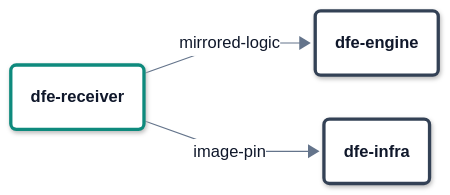
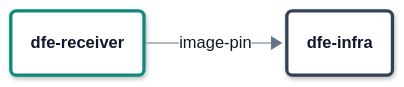
Before and after one commit to hyperi-io/dfe-infra: diagram 14 of 19 in docs/suite-graph.md, drawn with Mermaid. The commit also changed other lines of this file and 20 other files, not shown here.

````diff
--- a/docs/suite-graph.md
+++ b/docs/suite-graph.md
@@ -1229,76 +1227,74 @@
 ```mermaid
 ---
 config:
   theme: base
   look: neo
   fontFamily: Inter, -apple-system, Segoe UI, Roboto, Helvetica, Arial, sans-serif
   flowchart:
     curve: linear
     nodeSpacing: 40
     rankSpacing: 64
     padding: 18
     wrappingWidth: 280
     htmlLabels: true
   elk:
     preset: modelOrder
   themeVariables:
     fontSize: 15px
     lineColor: "#64748B"
     primaryTextColor: "#0F172A"
     nodeBorder: "#334155"
     clusterBorder: "#0072B2"
     edgeLabelBackground: "#FFFFFF"
   themeCSS: >-
     p{margin:0}
     .node[data-look] rect,.node[data-look] path,.node[data-look] polygon,.node[data-look] .outer-path{filter:drop-shadow(0 1px 2px rgba(15,23,42,.10)) drop-shadow(0 6px 14px rgba(15,23,42,.10))}
     .node rect{rx:10px;ry:10px}
     .cluster rect{rx:16px;ry:16px}
     .node .label div{min-width:150px}
     .node.decision .label div{min-width:0}
     .cluster[data-look] rect{filter:none}
     .nodeLabel{line-height:1.35}
     .nodeLabel b{font-weight:600;font-size:15px;letter-spacing:-0.01em}
     .nodeLabel span{font-size:12.5px;font-weight:400;color:#334155}
     .cluster-label span.nodeLabel{display:inline-block;background:#FFFFFF;color:#0B2A3F;border:1.5px solid #0072B2;border-radius:999px;padding:2px 12px;font-size:11.5px;font-weight:700;letter-spacing:.09em;text-transform:uppercase}
     .flowchart-link{stroke-width:1.75px}
     .labelBkg{background:transparent!important}
     span.edgeLabel{display:inline-block;background:#FFFFFF!important;color:#1E293B;border:1px solid #94A3B8;border-radius:999px;padding:2px 10px;font-size:12px;font-weight:500}
     span.edgeLabel p{background:transparent!important}
     .label-icon{width:20px;height:20px;vertical-align:-4px;margin-right:6px}
     .icon-shape path[stroke-width="0"][fill="none"]{fill:#FFFFFF;stroke:#FFFFFF;stroke-width:12px;stroke-linejoin:round}
     .icon-shape p{background:transparent!important;color:#0F172A}
     .ingest .label-icon{color:#0E8A7D}
     .xform .label-icon{color:#7B4FB0}
     .load .label-icon{color:#0072B2}
     .bus .label-icon{color:#A8517F}
     .store .label-icon{color:#00785A}
     .ui .label-icon{color:#D9480F}
     .ext .label-icon{color:#64748B}
 ---
 flowchart LR
     accTitle: L4 Detail -- dfe-receiver build cycle
-    accDescr: A dfe-receiver release puts 2 consumers in motion. dfe-engine takes mirrored-logic. dfe-infra takes image-pin.
+    accDescr: A dfe-receiver release puts 1 consumer in motion. dfe-infra takes image-pin.
 
     dfe_receiver("<b>dfe-receiver</b>")
-    dfe_engine("<b>dfe-engine</b>")
     dfe_infra("<b>dfe-infra</b>")
 
-    dfe_receiver -->|mirrored-logic| dfe_engine
     dfe_receiver -->|image-pin| dfe_infra
 
-    class dfe_engine,dfe_infra control
+    class dfe_infra control
     class dfe_receiver ingest
     %% merrow:begin
     classDef ingest fill:#FFFFFF,stroke:#0E8A7D,stroke-width:3px,color:#0F172A
     classDef xform fill:#FFFFFF,stroke:#7B4FB0,stroke-width:3px,color:#0F172A
     classDef load fill:#FFFFFF,stroke:#0072B2,stroke-width:3px,color:#0F172A
     classDef bus fill:#FFFFFF,stroke:#A8517F,stroke-width:3px,color:#0F172A
     classDef store fill:#FFFFFF,stroke:#00785A,stroke-width:3px,color:#0F172A
     classDef ui fill:#FFFFFF,stroke:#D9480F,stroke-width:3px,color:#0F172A
     classDef ext fill:#F4F6F8,stroke:#94A3B8,stroke-width:1.5px,stroke-dasharray:5 4,color:#0F172A
     classDef decision fill:#FFFFFF,stroke:#9A6700,stroke-width:3px,color:#0F172A
     classDef error fill:#FFFFFF,stroke:#C2410C,stroke-width:3px,color:#0F172A
     classDef control fill:#FFFFFF,stroke:#334155,stroke-width:3px,color:#0F172A
     classDef part fill:#FFFFFF,stroke:#94A3B8,stroke-width:1.5px,color:#0F172A
     %% merrow:end
 ```
````
